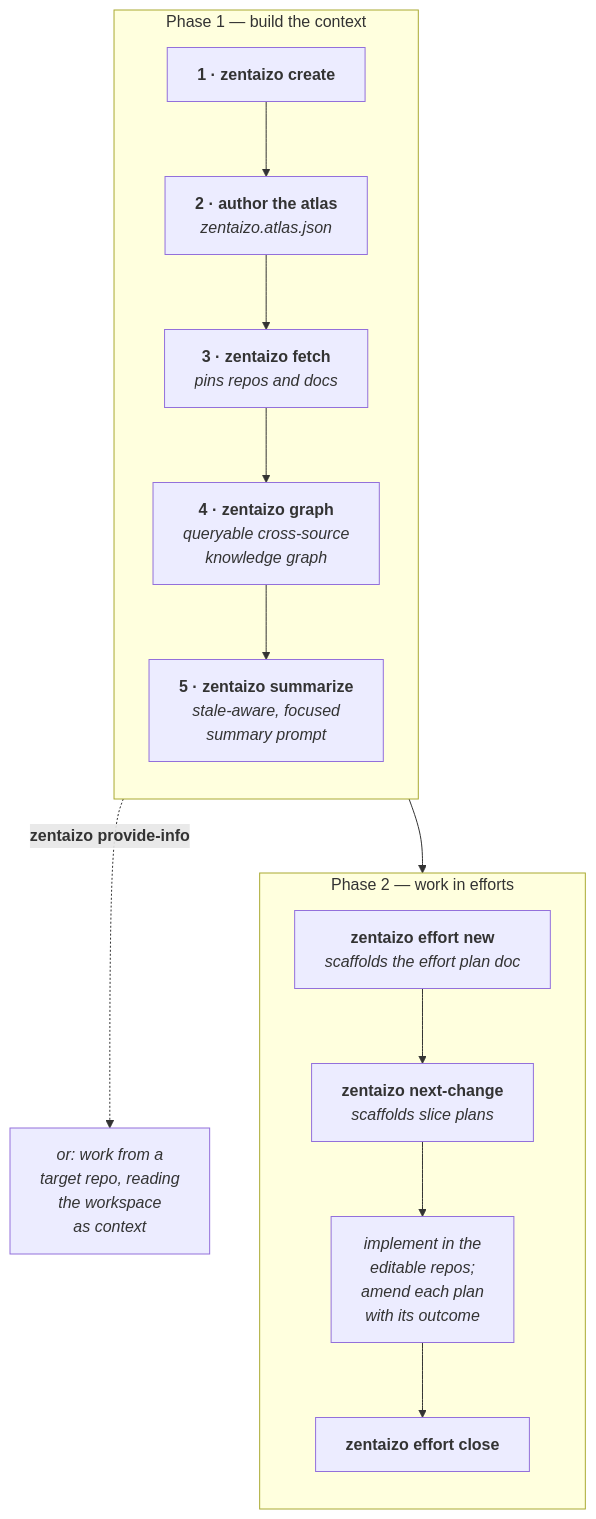
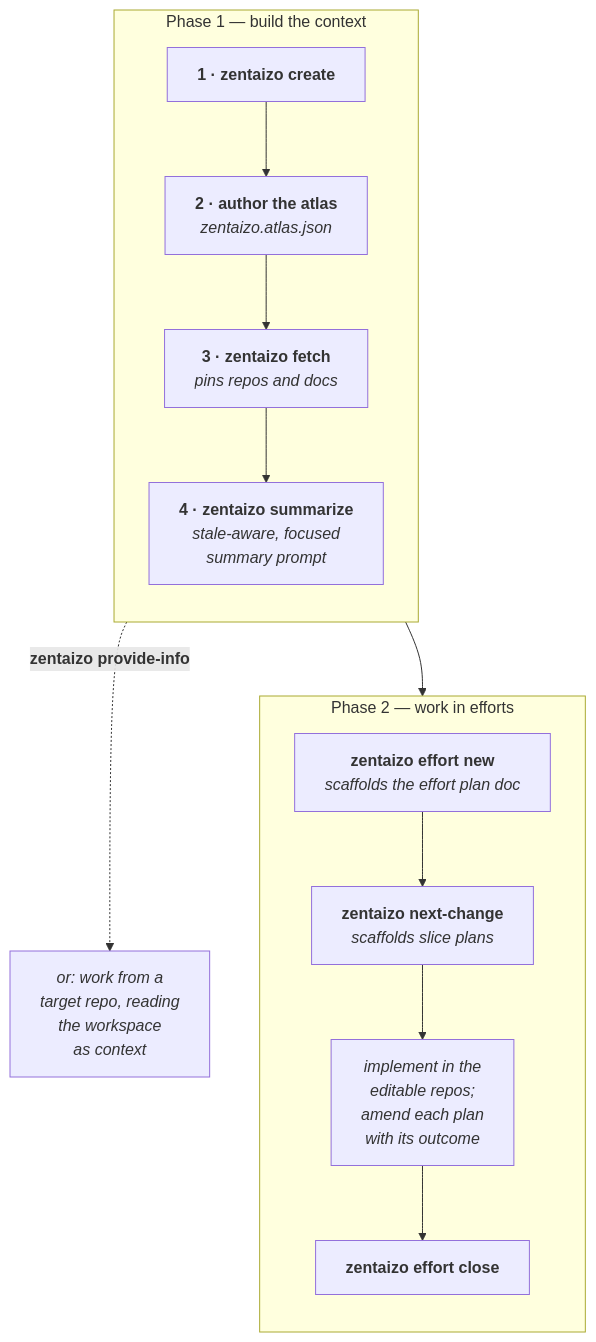
Before and after one commit to DocSavage/zentaizo: the first of 2 diagrams in README.md, drawn with Mermaid. The commit also changed other lines of this file and 15 other files, not shown here.

First line of the commit message:
graph: remove the knowledge-graph layer (conventions generation 7)

````diff
--- a/README.md
+++ b/README.md
@@ -116,18 +114,17 @@
 ```mermaid
 flowchart TD
     subgraph build ["Phase 1 — build the context"]
         direction TB
         C["<b>1 · zentaizo create</b>"] --> A["<b>2 · author the atlas</b><br/><i>zentaizo.atlas.json</i>"]
         A --> F["<b>3 · zentaizo fetch</b><br/><i>pins repos and docs</i>"]
-        F --> G["<b>4 · zentaizo graph</b><br/><i>queryable cross-source<br/>knowledge graph</i>"]
-        G --> S["<b>5 · zentaizo summarize</b><br/><i>stale-aware, focused<br/>summary prompt</i>"]
+        F --> S["<b>4 · zentaizo summarize</b><br/><i>stale-aware, focused<br/>summary prompt</i>"]
     end
     subgraph work ["Phase 2 — work in efforts"]
         direction TB
         E["<b>zentaizo effort new</b><br/><i>scaffolds the effort plan doc</i>"] --> P["<b>zentaizo next-change</b><br/><i>scaffolds slice plans</i>"]
         P --> I["<i>implement in the<br/>editable repos;<br/>amend each plan<br/>with its outcome</i>"]
         I --> X["<b>zentaizo effort close</b>"]
     end
     S --> E
     S -.->|"<b>zentaizo provide-info</b>"| T["<i>or: work from a<br/>target repo, reading<br/>the workspace<br/>as context</i>"]
 ```
````
